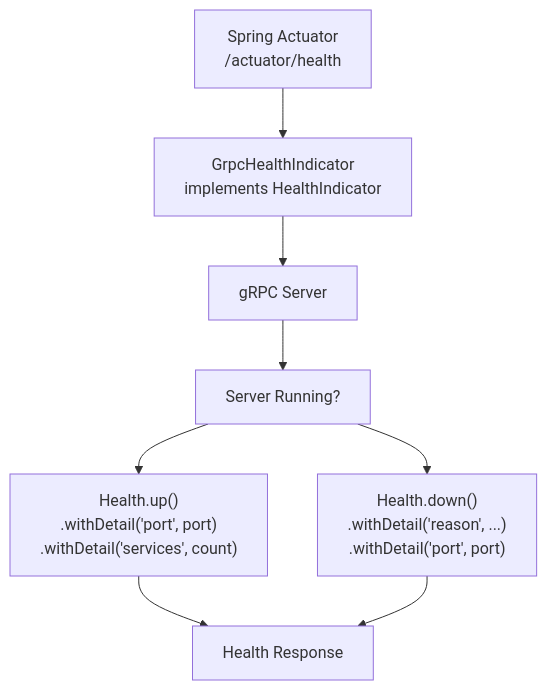
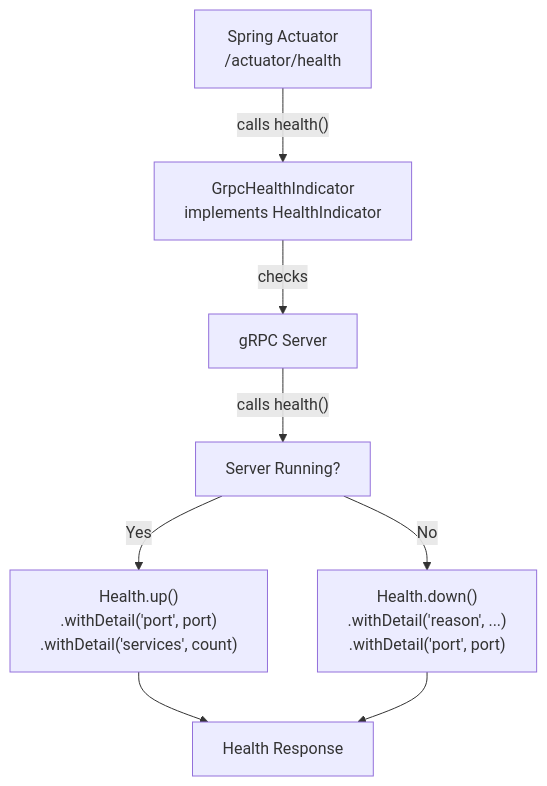
The ninth of 11 diagrams in docs/deepwiki/gRPC-Infrastructure.md (philipz/spring-modular-monolith), drawn with Mermaid before and after one commit. The commit also changed other lines of this file and 55 other files, not shown here.

````diff
--- a/docs/deepwiki/gRPC-Infrastructure.md
+++ b/docs/deepwiki/gRPC-Infrastructure.md
@@ -552,19 +552,19 @@
 ```mermaid
 flowchart TD
 
 Actuator["Spring Actuator<br>/actuator/health"]
 GrpcHealthIndicator["GrpcHealthIndicator<br>implements HealthIndicator"]
 GrpcServer["gRPC Server"]
 Check["Server Running?"]
 UpHealth["Health.up()<br>.withDetail('port', port)<br>.withDetail('services', count)"]
 DownHealth["Health.down()<br>.withDetail('reason', ...)<br>.withDetail('port', port)"]
 Response["Health Response"]
 
-Actuator --> GrpcHealthIndicator
-GrpcHealthIndicator --> GrpcServer
-GrpcServer --> Check
-Check --> UpHealth
-Check --> DownHealth
+Actuator -->|"calls health()"| GrpcHealthIndicator
+GrpcHealthIndicator -->|"checks"| GrpcServer
+GrpcServer -->|"calls health()"| Check
+Check -->|"Yes"| UpHealth
+Check -->|"No"| DownHealth
 UpHealth --> Response
 DownHealth --> Response
 ```
````
